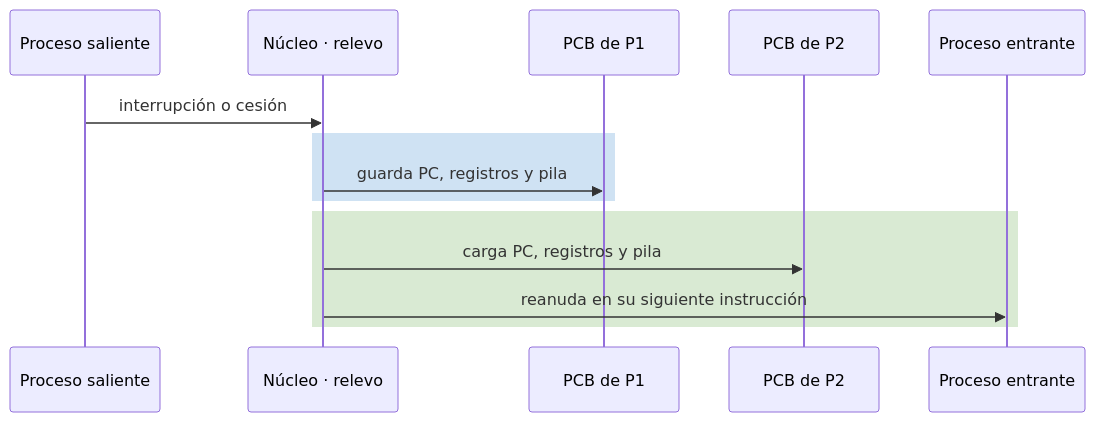
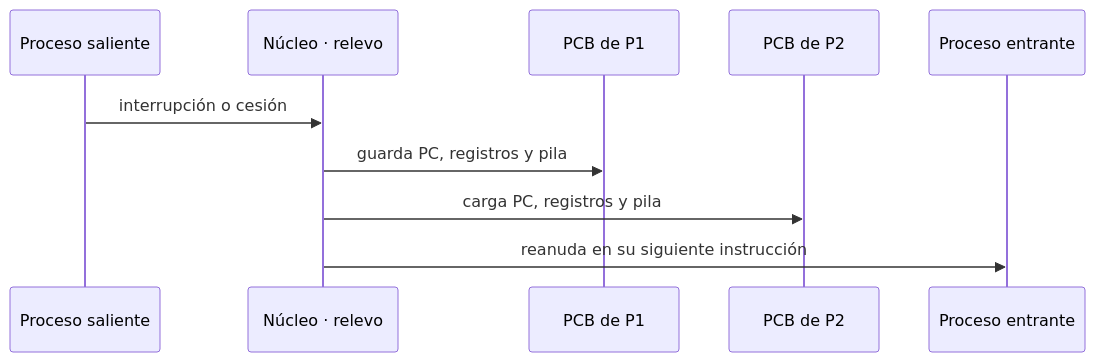
Before and after one commit to asiermarzo/ssoo: the second of 6 diagrams in TEORIA/04-planificacion-de-procesos/README.md, drawn with Mermaid. The commit also changed other lines of this file and 12 other files, not shown here.

Commit message:
ajuste subrects de mermaids

````diff
--- a/TEORIA/04-planificacion-de-procesos/README.md
+++ b/TEORIA/04-planificacion-de-procesos/README.md
@@ -74,16 +74,12 @@
 ```mermaid
 sequenceDiagram
     participant P1 as Proceso saliente
     participant SO as Núcleo · relevo
     participant PCB1 as PCB de P1
     participant PCB2 as PCB de P2
     participant P2 as Proceso entrante
     P1->>SO: interrupción o cesión
-    rect rgb(207, 226, 243)
     SO->>PCB1: guarda PC, registros y pila
-    end
-    rect rgb(217, 234, 211)
     SO->>PCB2: carga PC, registros y pila
     SO->>P2: reanuda en su siguiente instrucción
-    end
 ```
````
